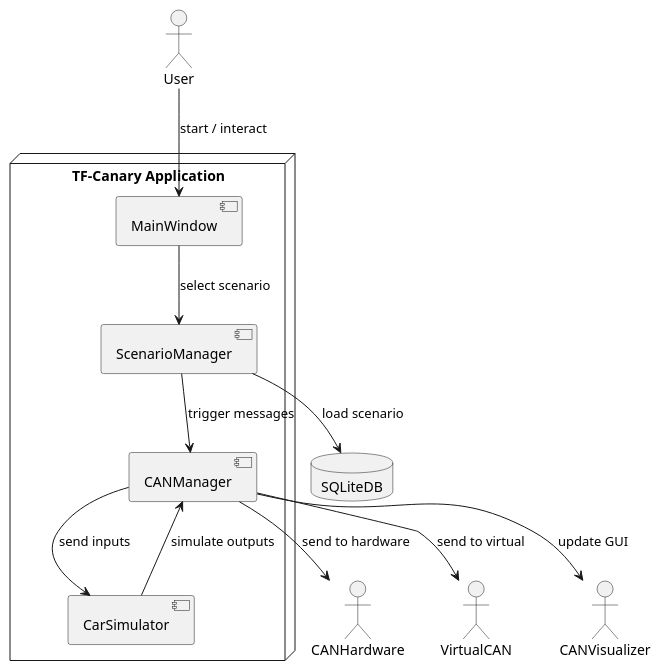
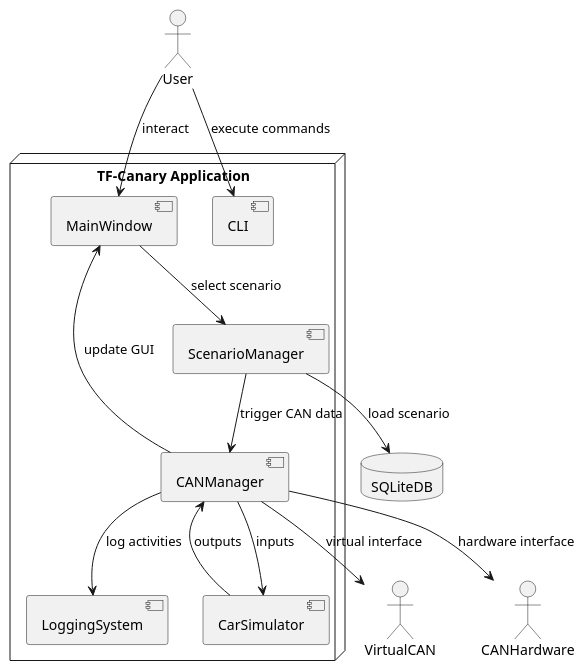
One commit to indietonne2/CANary_0.1 changed the first of 5 diagrams in docs/Architecture/C01-14-tf-canary-architecture-documentation.md. Above: the diagram before and after it, drawn with PlantUML. The commit also changed other lines of this file, not shown here.

````diff
--- a/docs/Architecture/C01-14-tf-canary-architecture-documentation.md
+++ b/docs/Architecture/C01-14-tf-canary-architecture-documentation.md
@@ -111,24 +116,28 @@
 ```plantuml
-@startuml C01-15_ContextDiagram
+@startuml C01-20_ContextDiagram
 actor User
 node "TF-Canary Application" {
   component MainWindow
   component CANManager
   component ScenarioManager
   component CarSimulator
+  component CLI
+  component LoggingSystem
 }
 database "SQLiteDB"
 actor CANHardware
 actor VirtualCAN
 
-User --> MainWindow : start / interact
+User --> MainWindow : interact
+User --> CLI : execute commands
 MainWindow --> ScenarioManager : select scenario
 ScenarioManager --> SQLiteDB : load scenario
-ScenarioManager --> CANManager : trigger messages
-CANManager --> CarSimulator : send inputs
-CarSimulator --> CANManager : simulate outputs
-CANManager --> CANHardware : send to hardware
-CANManager --> VirtualCAN : send to virtual
-CANManager --> CANVisualizer : update GUI
+ScenarioManager --> CANManager : trigger CAN data
+CANManager --> CarSimulator : inputs
+CarSimulator --> CANManager : outputs
+CANManager --> CANHardware : hardware interface
+CANManager --> VirtualCAN : virtual interface
+CANManager --> LoggingSystem : log activities
+CANManager --> MainWindow : update GUI
 @enduml
 ```
````
